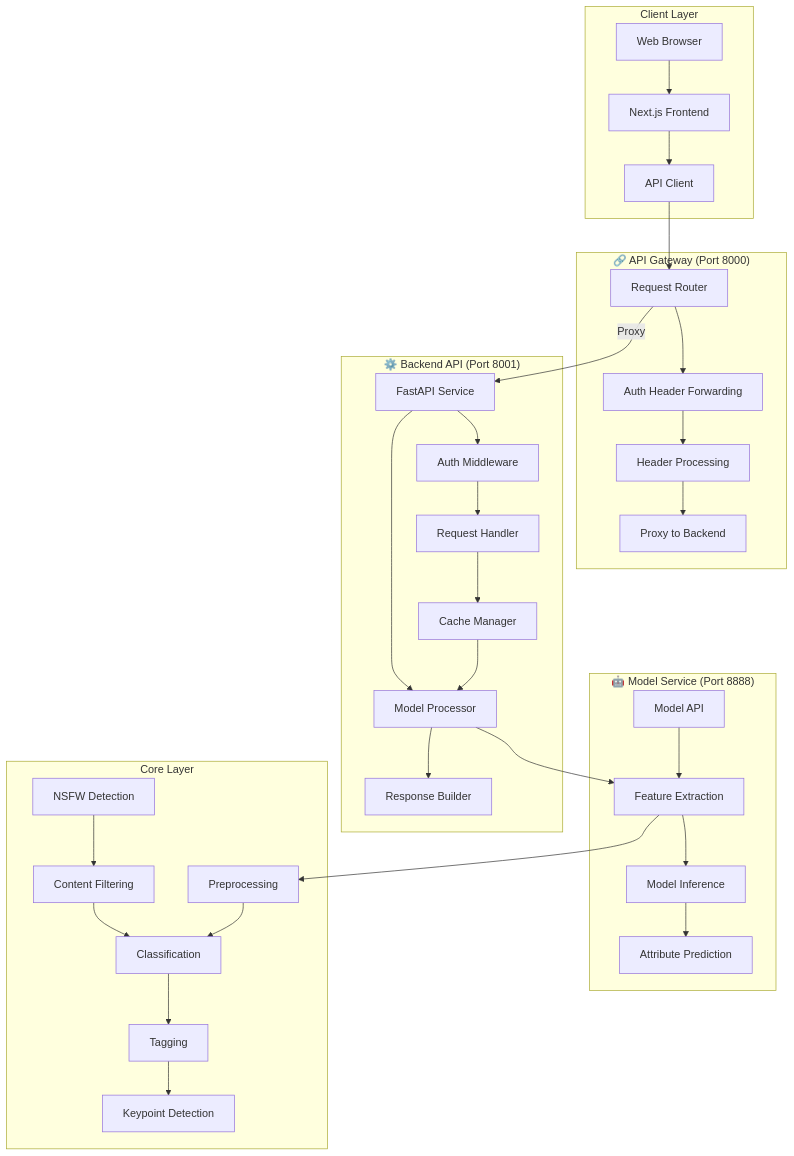
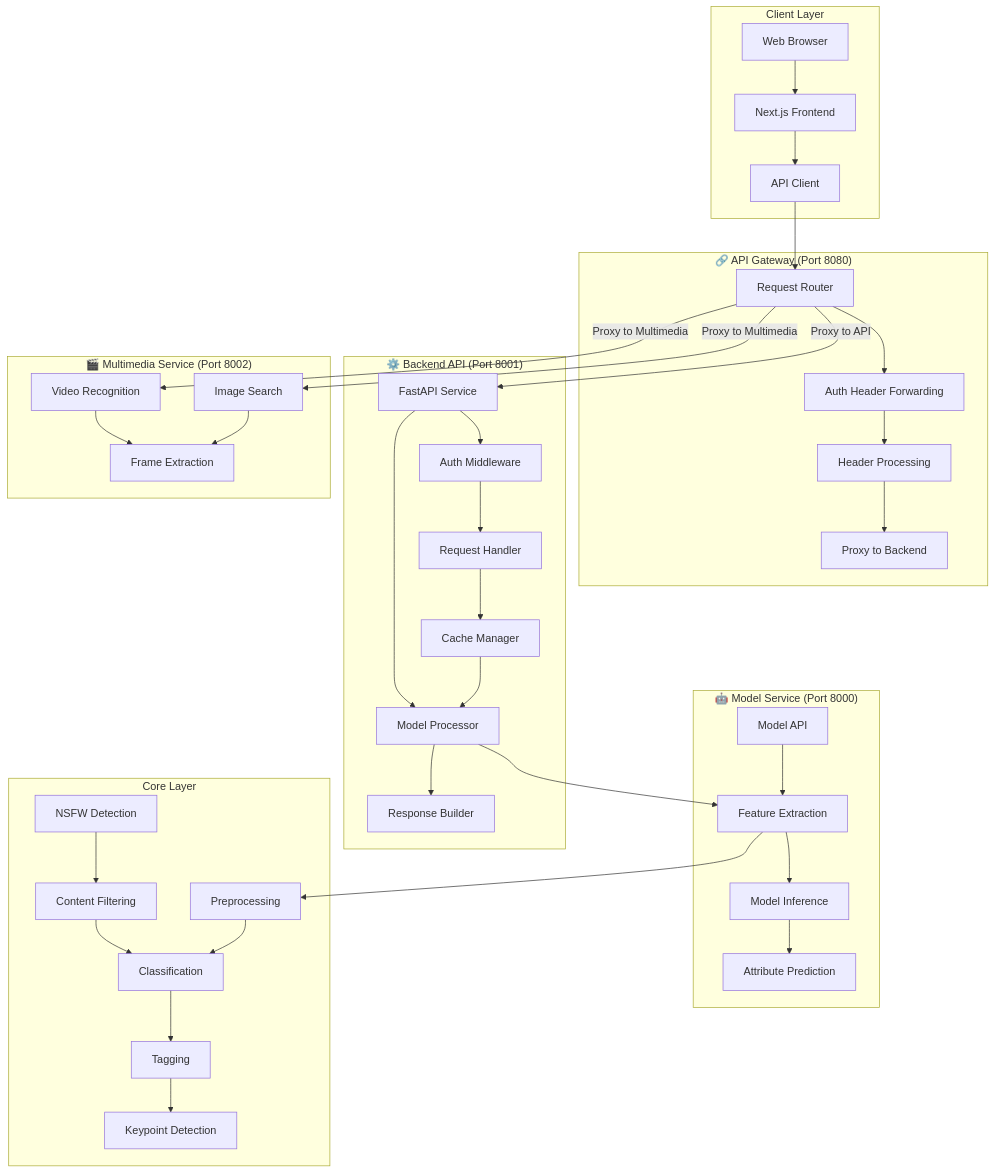
Before and after one commit to caozhaoqi/anime_role_detect: the first of 2 diagrams in README.md, drawn with Mermaid. The commit also changed other lines of this file and 16 other files, not shown here.

````diff
--- a/README.md
+++ b/README.md
@@ -137,44 +127,54 @@
 ```mermaid
 flowchart TD
     subgraph Client Layer
         A[Web Browser] --> B[Next.js Frontend]
         B --> C[API Client]
     end
 
-    subgraph Gateway Layer["🔗 API Gateway (Port 8000)"]
+    subgraph Gateway Layer["🔗 API Gateway (Port 8080)"]
         D[Request Router]
         D --> E[Auth Header Forwarding]
         E --> F[Header Processing]
         F --> G[Proxy to Backend]
     end
 
     subgraph Backend Layer["⚙️ Backend API (Port 8001)"]
         H[FastAPI Service]
         H --> I[Auth Middleware]
         I --> J[Request Handler]
         J --> K[Cache Manager]
         K --> L[Model Processor]
         L --> M[Response Builder]
     end
 
-    subgraph Model Layer["🤖 Model Service (Port 8888)"]
-        N[Model API]
-        N --> O[Feature Extraction]
-        O --> P[Model Inference]
-        P --> Q[Attribute Prediction]
+    subgraph Multimedia Layer["🎬 Multimedia Service (Port 8002)"]
+        N[Image Search]
+        O[Video Recognition]
+        P[Frame Extraction]
+        N --> P
+        O --> P
+    end
+
+    subgraph Model Layer["🤖 Model Service (Port 8000)"]
+        Q[Model API]
+        Q --> R[Feature Extraction]
+        R --> S[Model Inference]
+        S --> T[Attribute Prediction]
     end
 
     subgraph Core Layer
-        R[Preprocessing] --> S[Classification]
-        S --> T[Tagging]
-        T --> U[Keypoint Detection]
-        V[NSFW Detection] --> W[Content Filtering]
+        U[Preprocessing] --> V[Classification]
+        V --> W[Tagging]
+        W --> X[Keypoint Detection]
+        Y[NSFW Detection] --> Z[Content Filtering]
     end
 
     C --> D
-    D -->|Proxy| H
+    D -->|Proxy to API| H
+    D -->|Proxy to Multimedia| N
+    D -->|Proxy to Multimedia| O
     H --> L
-    L --> O
-    O --> R
-    W --> S
+    L --> R
+    R --> U
+    Z --> V
 ```
````
